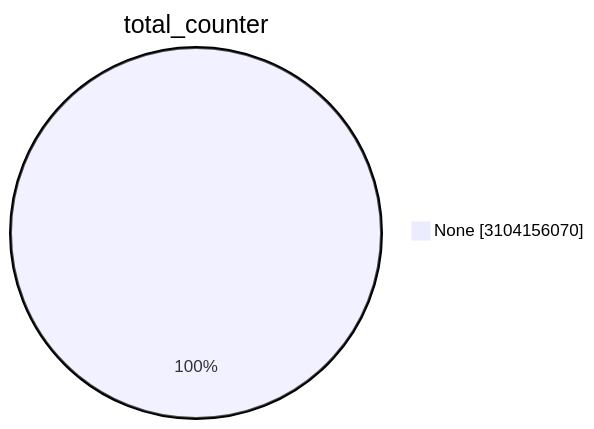
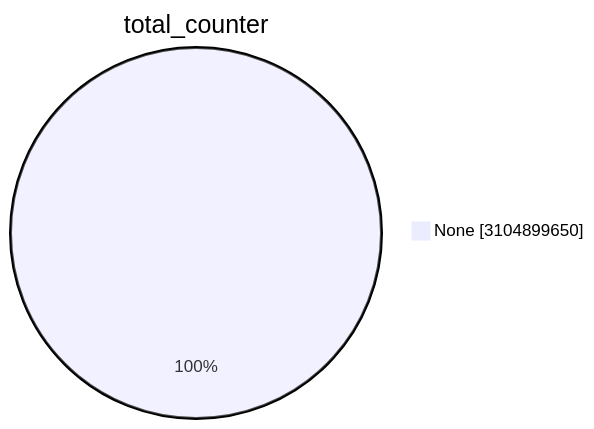
Before and after one commit to christiankrug/ctmonitor_visualization: the first of 15 diagrams in TOTAL/README.md, drawn with Mermaid. The commit also changed other lines of this file, not shown here.

````diff
--- a/TOTAL/README.md
+++ b/TOTAL/README.md
@@ -1,5 +1,5 @@
 ```mermaid
 pie showData
 title total_counter
-"None" :3104156070
+"None" :3104899650
 ```
````
